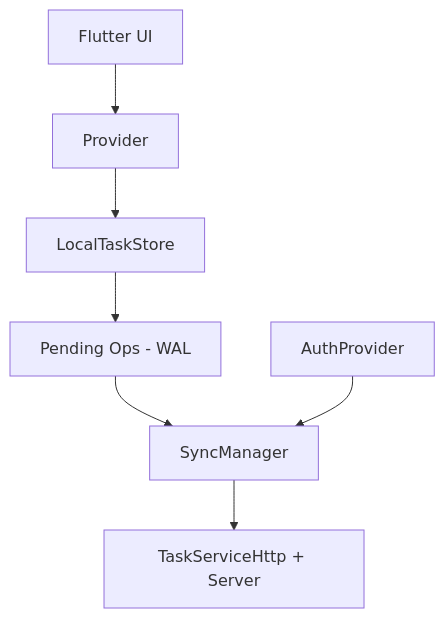
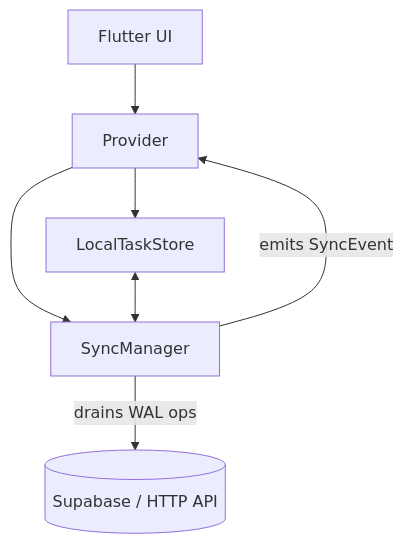
One commit to saadyousafmalhi/flutter changed the first of 2 diagrams in README.md. Above: the diagram before and after it, drawn with Mermaid. The commit also changed other lines of this file, not shown here.

Commit message:
docs: update README with SyncEvent and offline-first improvements

````diff
--- a/README.md
+++ b/README.md
@@ -55,9 +21,9 @@
 ```mermaid
 flowchart TD
-  UI[Flutter UI] --> P[Provider]
-  P --> LS[LocalTaskStore]
-  LS --> WALQ[Pending Ops - WAL]
-  WALQ --> SM[SyncManager]
-  SM --> API[TaskServiceHttp + Server]
-  AP[AuthProvider] --> SM
+  UI[Flutter UI] --> Provider
+  Provider --> LocalStore[LocalTaskStore]
+  Provider --> SyncMgr[SyncManager]
+  LocalStore <--> SyncMgr
+  SyncMgr -->|drains WAL ops| Server[(Supabase / HTTP API)]
+  SyncMgr -->|emits SyncEvent| Provider
 ```
````
